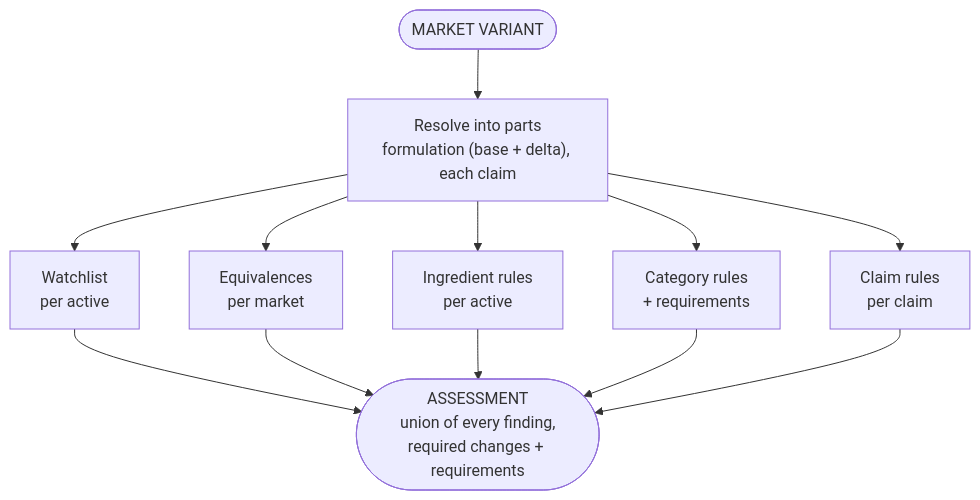
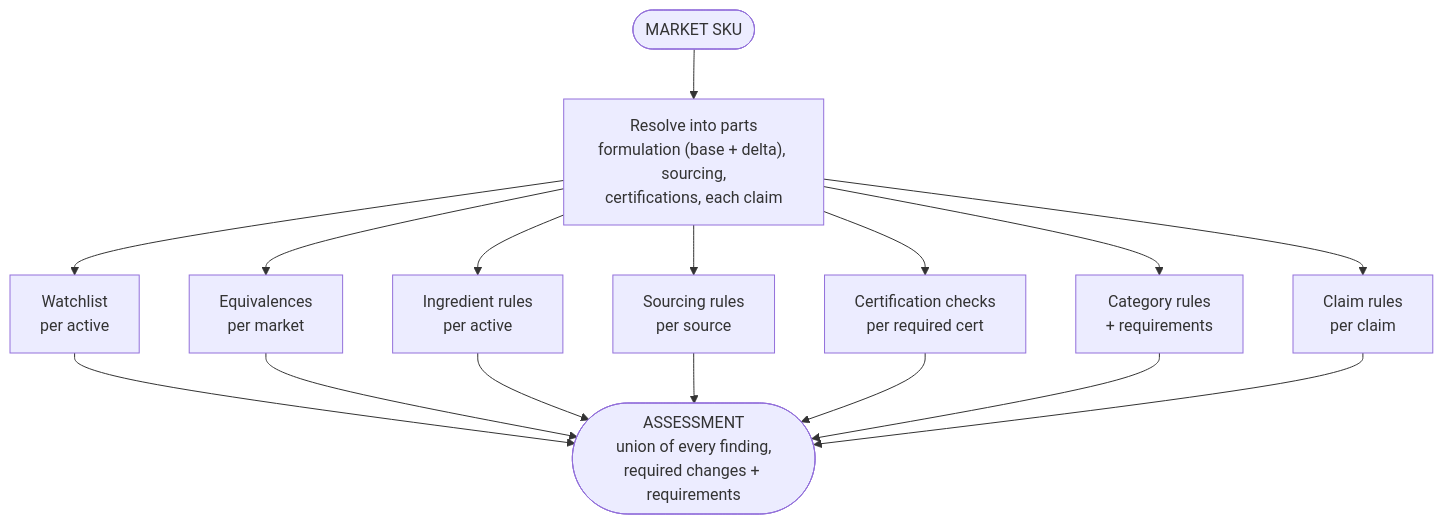
Before and after one commit to msporchia/sku-regulatory-intelligenc: the fifth of 9 diagrams in README.md, drawn with Mermaid. The commit also changed other lines of this file, not shown here.

Commit message:
Rework worked example on Ritual Essential for Women; add sourcing/certification model, split status, evidence pointers; condense

````diff
--- a/README.md
+++ b/README.md
@@ -155,15 +171,19 @@
 ```mermaid
 flowchart TD
-  V(["MARKET VARIANT"]) --> R["Resolve into parts<br/>formulation (base + delta), each claim"]
+  V(["MARKET SKU"]) --> R["Resolve into parts<br/>formulation (base + delta), sourcing,<br/>certifications, each claim"]
   R --> W["Watchlist<br/>per active"]
   R --> EQ["Equivalences<br/>per market"]
   R --> IR["Ingredient rules<br/>per active"]
+  R --> SR["Sourcing rules<br/>per source"]
+  R --> CE["Certification checks<br/>per required cert"]
   R --> CR["Category rules<br/>+ requirements"]
   R --> ClR["Claim rules<br/>per claim"]
   W --> A
   EQ --> A
   IR --> A
+  SR --> A
+  CE --> A
   CR --> A
   ClR --> A
   A(["ASSESSMENT<br/>union of every finding,<br/>required changes + requirements"])
 ```
````
